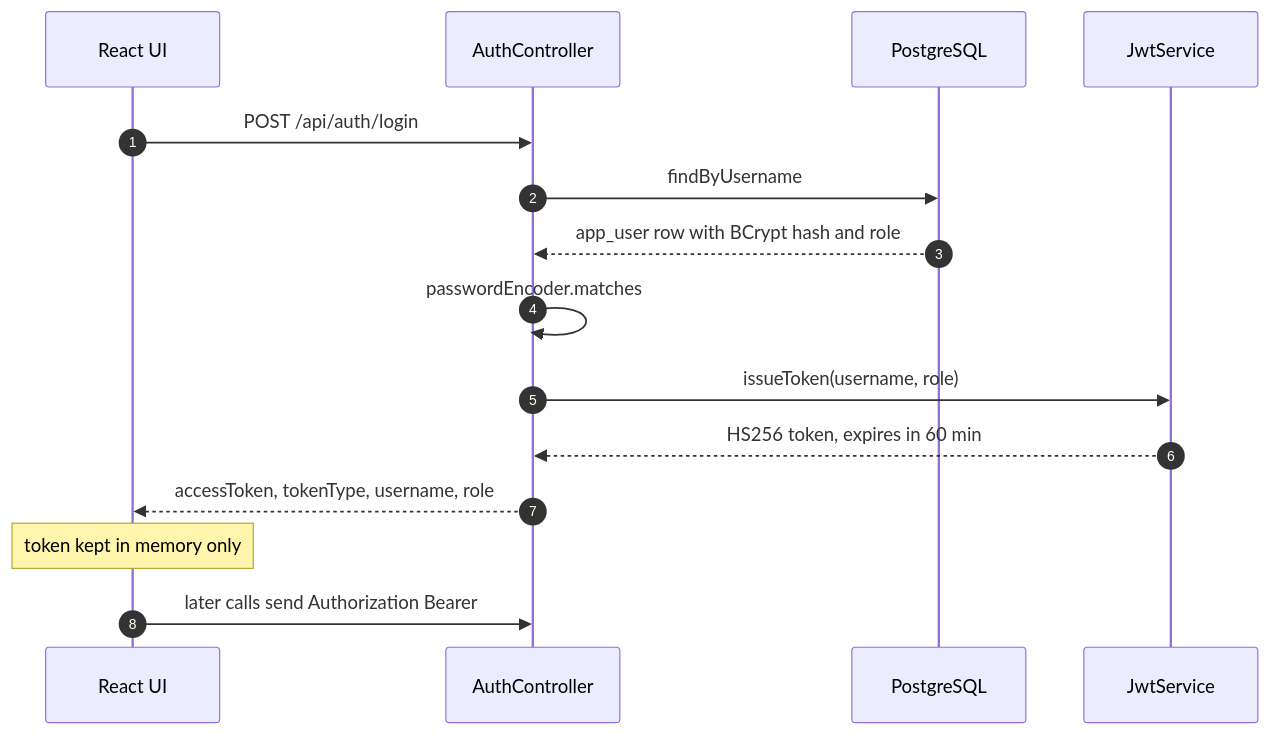
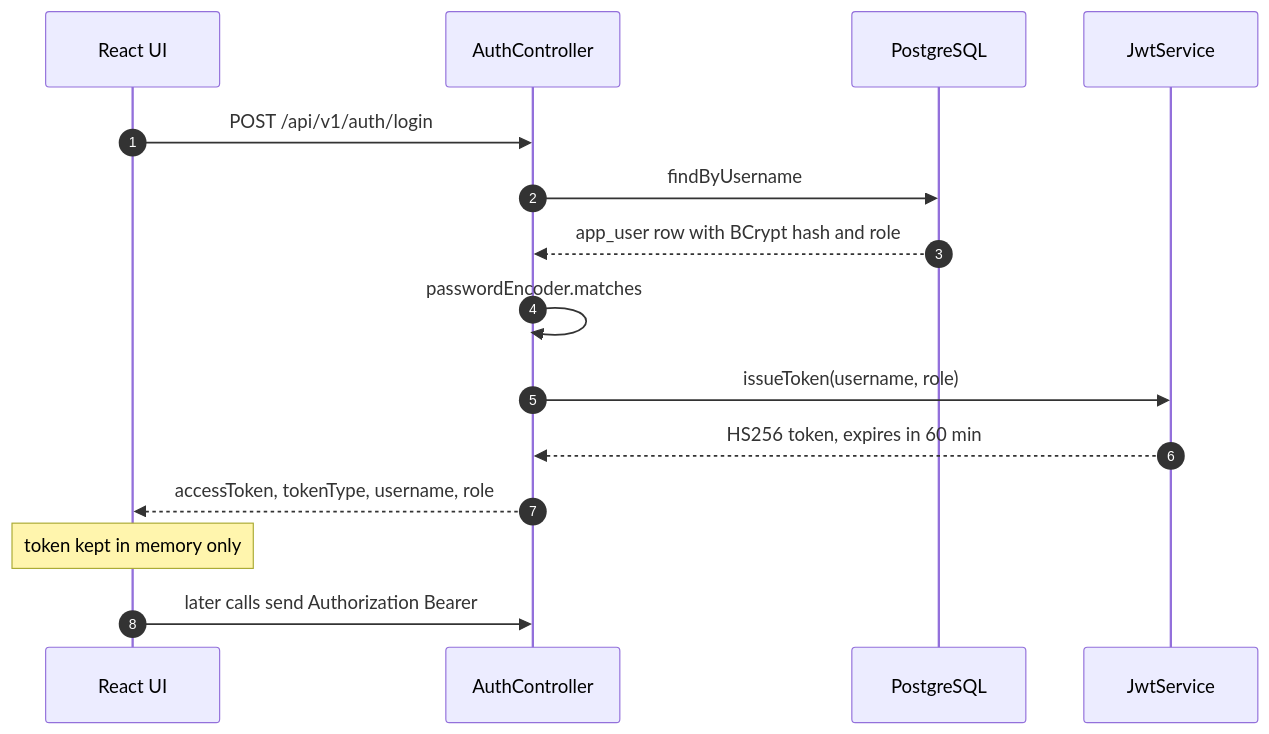
One commit to pupilliluke/java-bootcamp-capstone changed the second of 6 diagrams in docs/architecture.md. Above: the diagram before and after it, drawn with Mermaid. The commit also changed other lines of this file and 50 other files, not shown here.

````diff
--- a/docs/architecture.md
+++ b/docs/architecture.md
@@ -60,18 +60,18 @@
 ```mermaid
 sequenceDiagram
   autonumber
   participant UI as React UI
   participant API as AuthController
   participant DB as PostgreSQL
   participant JWT as JwtService
 
-  UI->>API: POST /api/auth/login
+  UI->>API: POST /api/v1/auth/login
   API->>DB: findByUsername
   DB-->>API: app_user row with BCrypt hash and role
   API->>API: passwordEncoder.matches
   API->>JWT: issueToken(username, role)
   JWT-->>API: HS256 token, expires in 60 min
   API-->>UI: accessToken, tokenType, username, role
   Note over UI: token kept in memory only
   UI->>API: later calls send Authorization Bearer
 ```
````
